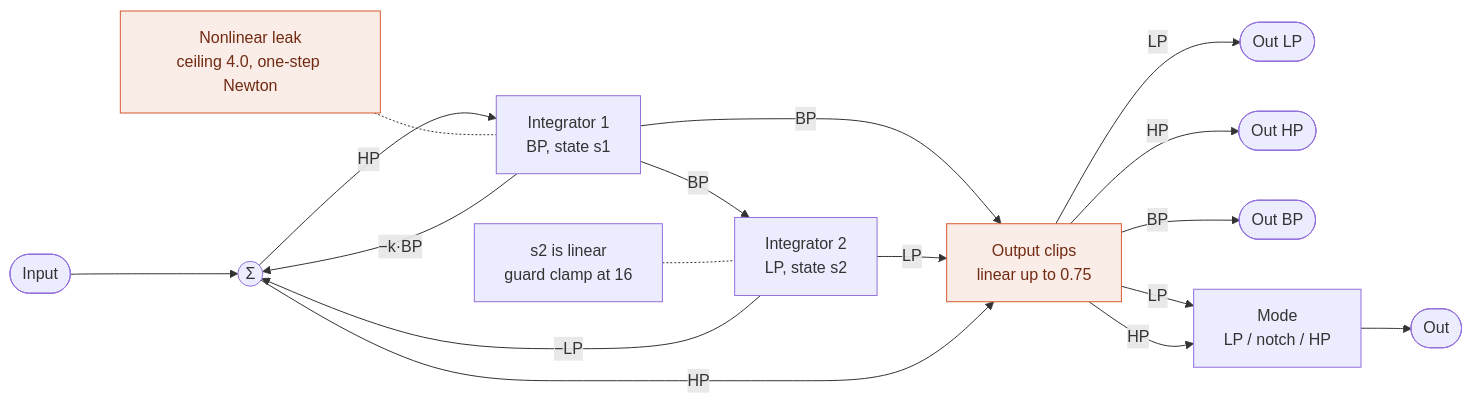
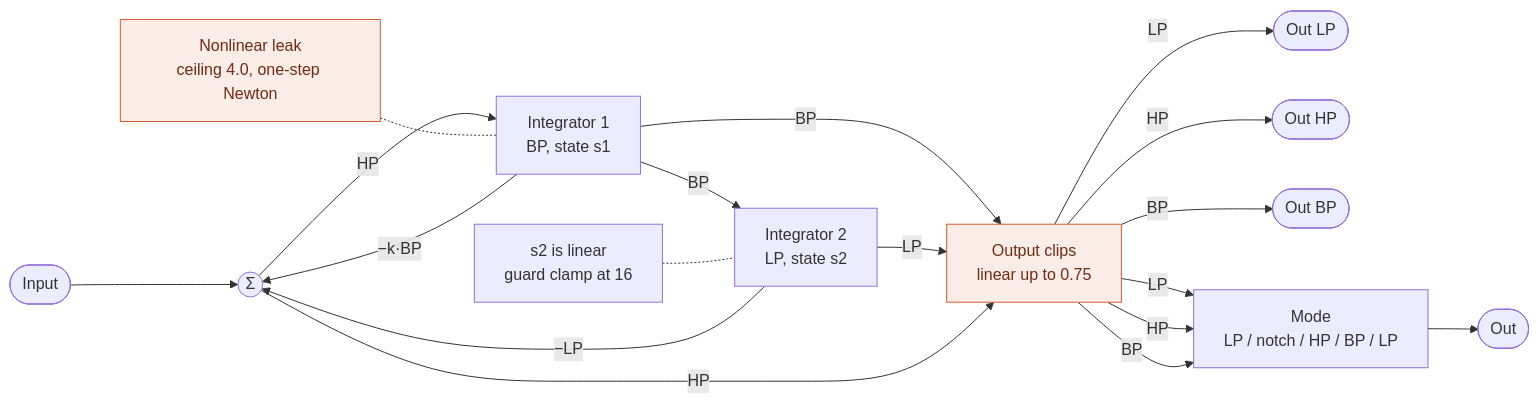
One commit to risgk/midi_synthesizer_spms1 changed the first of 5 diagrams in spms1_type2/spms1_patching.md. Above: the diagram before and after it, drawn with Mermaid. The commit also changed other lines of this file and 6 other files, not shown here.

First line of the commit message:
type-2: Filters: Mode LP, Notch, HP, BP and back to LP, changing smoothly

````diff
--- a/spms1_type2/spms1_patching.md
+++ b/spms1_type2/spms1_patching.md
@@ -101,21 +106,22 @@
 ```mermaid
 flowchart LR
   IN([Input]) --> SUM((Σ))
   SUM -->|HP| I1["Integrator 1<br/>BP, state s1"]
   I1 -->|BP| OC
   I1 -->|BP| I2["Integrator 2<br/>LP, state s2"]
   I2 -->|LP| OC["Output clips<br/>linear up to 0.75"]
   SUM -->|HP| OC
   OC -->|LP| OUT_LP([Out LP])
   OC -->|HP| OUT_HP([Out HP])
   OC -->|BP| OUT_BP([Out BP])
-  OC -->|LP| XF["Mode<br/>LP / notch / HP"]
+  OC -->|LP| XF["Mode<br/>LP / notch / HP / BP / LP"]
   OC -->|HP| XF
+  OC -->|BP| XF
   XF --> OUT([Out])
   SC["Nonlinear leak<br/>ceiling 4.0, one-step Newton"] -.- I1
   L2["s2 is linear<br/>guard clamp at 16"] -.- I2
   I1 -->|"−k·BP"| SUM
   I2 -->|"−LP"| SUM
   classDef nl fill:#FAECE7,stroke:#D85A30,color:#712B13
   class SC,OC nl
 ```
````
